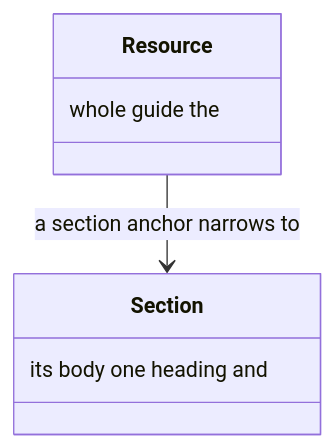
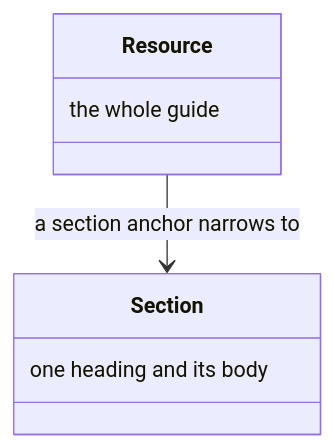
Before and after one commit to m2ux/workflow-server: the sixth of 8 diagrams in docs/resource.md, drawn with Mermaid. The commit also changed other lines of this file and 10 other files, not shown here.

Commit message:
Write each class-box note in reading order so the diagram shows the phrase as written.

````diff
--- a/docs/resource.md
+++ b/docs/resource.md
@@ -116,10 +116,10 @@
 ```mermaid
 classDiagram
   class Resource {
-    whole guide the
+    the whole guide
   }
   class Section {
-    its body one heading and
+    one heading and its body
   }
   Resource --> Section : a section anchor narrows to
 ```
````
